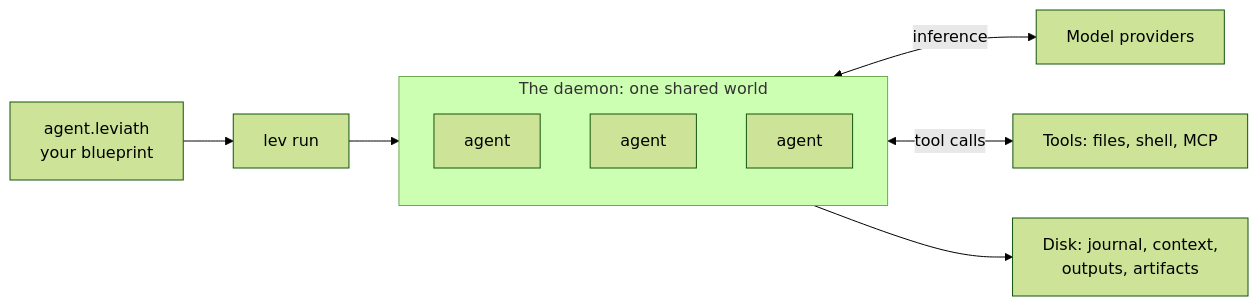
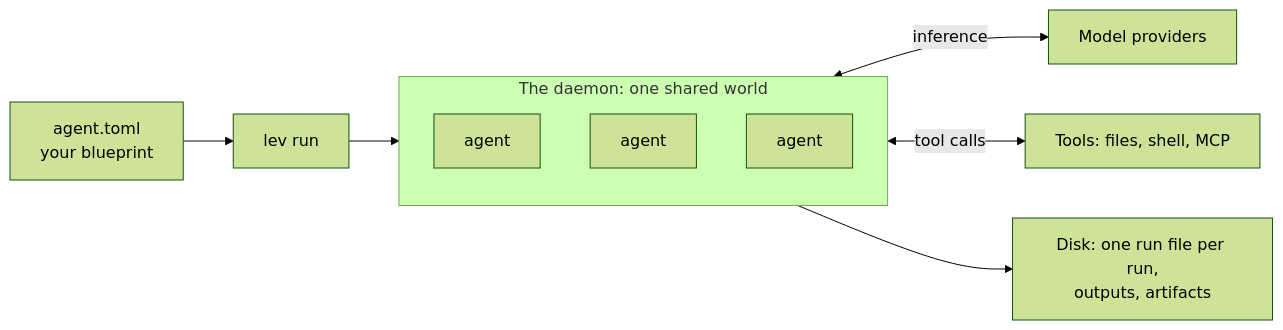
One commit to GEMISIS/leviath changed the diagram in docs/content/overview.md. Above: the diagram before and after it, drawn with Mermaid (forest theme). The commit also changed other lines of this file and 849 other files, not shown here.

````diff
--- a/docs/content/overview.md
+++ b/docs/content/overview.md
@@ -17,13 +17,13 @@
 ```mermaid
 flowchart LR
-  BP["agent.leviath<br/>your blueprint"] --> RUN["lev run"]
+  BP["agent.toml<br/>your blueprint"] --> RUN["lev run"]
   RUN --> W
   subgraph W["The daemon: one shared world"]
     A1["agent"]
     A2["agent"]
     A3["agent"]
   end
   W <-->|inference| P["Model providers"]
   W <-->|tool calls| T["Tools: files, shell, MCP"]
-  W --> D["Disk: journal, context,<br/>outputs, artifacts"]
+  W --> D["Disk: one run file per run,<br/>outputs, artifacts"]
 ```
````
